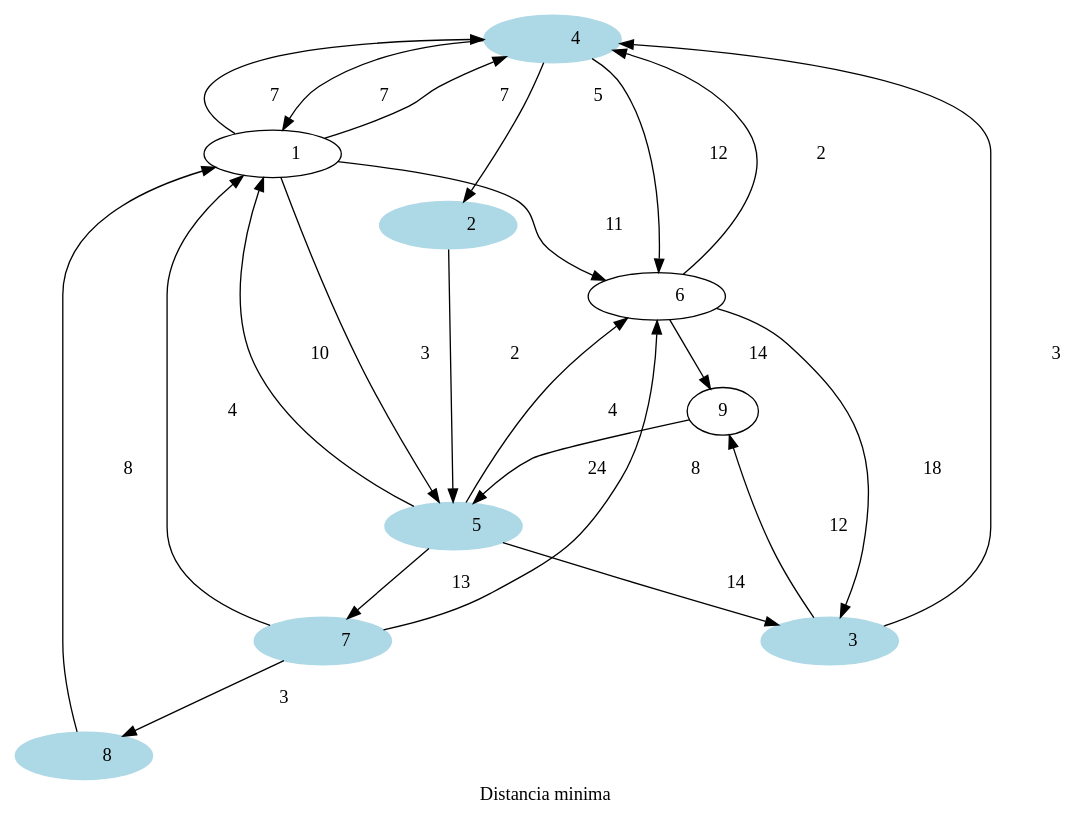
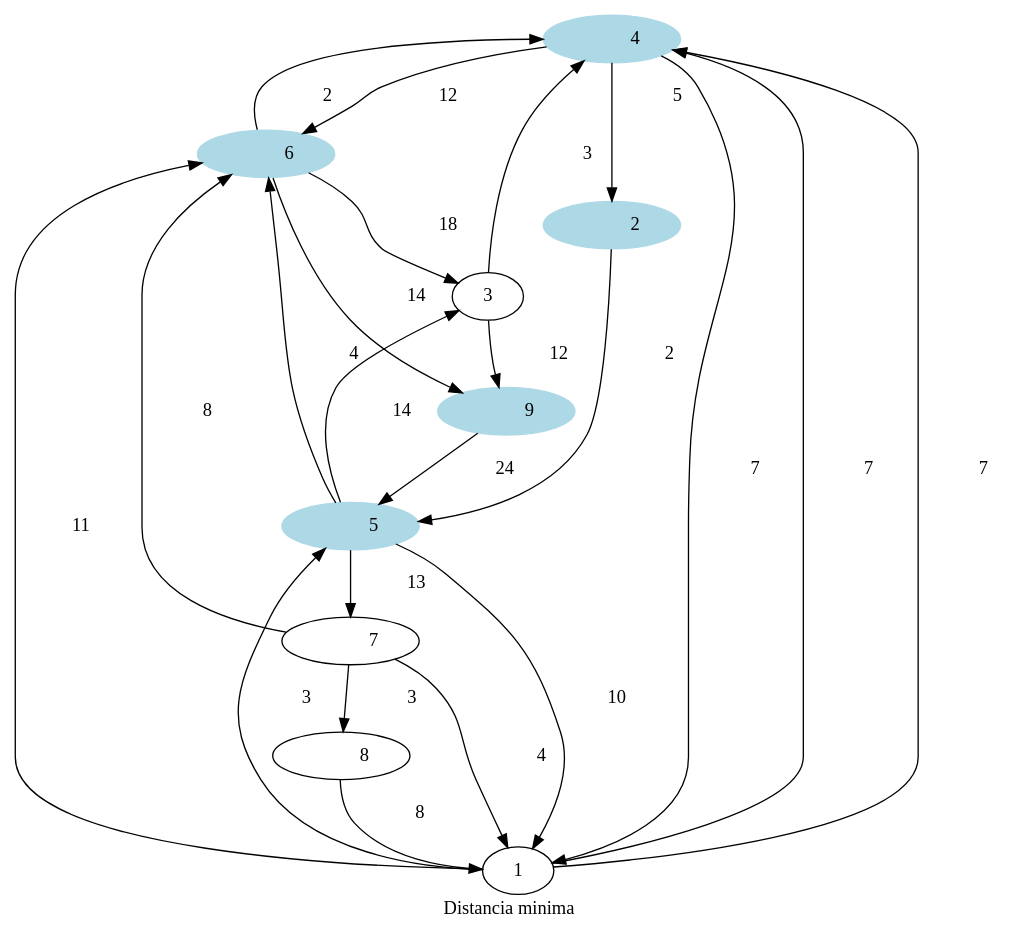
Before and after one commit to nxz7/EDD_PROYECTO-_202200007: the diagram in FASE3/distancia_min.dot, drawn with Graphviz. The commit also changed 8 other files, not shown here.

```diff
--- a/FASE3/distancia_min.dot
+++ b/FASE3/distancia_min.dot
@@ -1,39 +1,40 @@
  digraph G {
  label="Distancia minima"
            4 [label = "           4 ", style=filled, color = lightblue]
            5 [label = "           5 ", style=filled, color = lightblue]
            4 [label = "           4 ", style=filled, color = lightblue]
-           1 [label = "           1 "]
+           6 [label = "           6 ", style=filled, color = lightblue]
            1  ->            4  [label = "           7 ", dir = normal];
            1  ->            5  [label = "           3 ", dir = normal];
            1  ->            4  [label = "           7 ", dir = normal];
            1  ->            6  [label = "          11 ", dir = normal];
            2 [label = "           2 ", style=filled, color = lightblue]
            2  ->            5  [label = "           2 ", dir = normal];
-           3 [label = "           3 ", style=filled, color = lightblue]
+           9 [label = "           9 ", style=filled, color = lightblue]
+           4 [label = "           4 ", style=filled, color = lightblue]
            3  ->            9  [label = "          12 ", dir = normal];
            3  ->            4  [label = "           3 ", dir = normal];
            4 [label = "           4 ", style=filled, color = lightblue]
            4  ->            2  [label = "           5 ", dir = normal];
            4  ->            6  [label = "          12 ", dir = normal];
            4  ->            1  [label = "           7 ", dir = normal];
            5 [label = "           5 ", style=filled, color = lightblue]
            5  ->            3  [label = "          14 ", dir = normal];
            5  ->            1  [label = "          10 ", dir = normal];
            5  ->            7  [label = "          13 ", dir = normal];
            5  ->            6  [label = "           4 ", dir = normal];
-           4 [label = "           4 ", style=filled, color = lightblue]
-           3 [label = "           3 ", style=filled, color = lightblue]
-           6 [label = "           6 "]
+           6 [label = "           6 ", style=filled, color = lightblue]
            6  ->            4  [label = "           2 ", dir = normal];
            6  ->            3  [label = "          18 ", dir = normal];
            6  ->            9  [label = "          14 ", dir = normal];
-           7 [label = "           7 ", style=filled, color = lightblue]
+           7 [label = "           7 "]
+           6 [label = "           6 ", style=filled, color = lightblue]
+           7 [label = "           7 "]
            7  ->            1  [label = "           4 ", dir = normal];
            7  ->            6  [label = "           8 ", dir = normal];
            7  ->            8  [label = "           3 ", dir = normal];
-           8 [label = "           8 ", style=filled, color = lightblue]
+           8 [label = "           8 "]
            8  ->            1  [label = "           8 ", dir = normal];
-           5 [label = "           5 ", style=filled, color = lightblue]
+           9 [label = "           9 ", style=filled, color = lightblue]
            9  ->            5  [label = "          24 ", dir = normal];
  }
```
